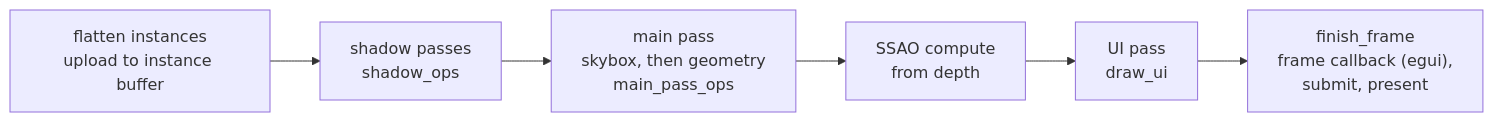
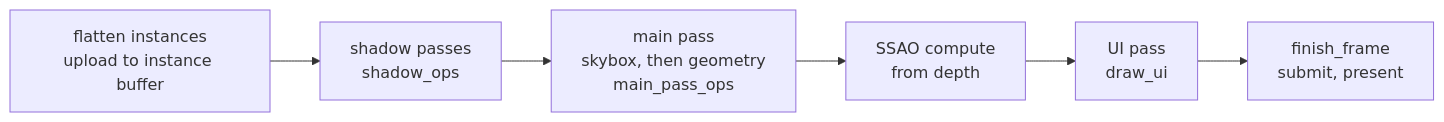
Before and after one commit to WrackedFella/moho: the third of 3 diagrams in wiki/architecture/rendering.md, drawn with Mermaid. The commit also changed other lines of this file and 23 other files, not shown here.

````diff
--- a/wiki/architecture/rendering.md
+++ b/wiki/architecture/rendering.md
@@ -88,8 +88,8 @@
 ```mermaid
 flowchart LR
     A["flatten instances<br/>upload to instance buffer"] --> B["shadow passes<br/>shadow_ops"]
     B --> C["main pass<br/>skybox, then geometry<br/>main_pass_ops"]
     C --> D["SSAO compute<br/>from depth"]
     D --> U["UI pass<br/>draw_ui"]
-    U --> E["finish_frame<br/>frame callback (egui),<br/>submit, present"]
+    U --> E["finish_frame<br/>submit, present"]
 ```
````
